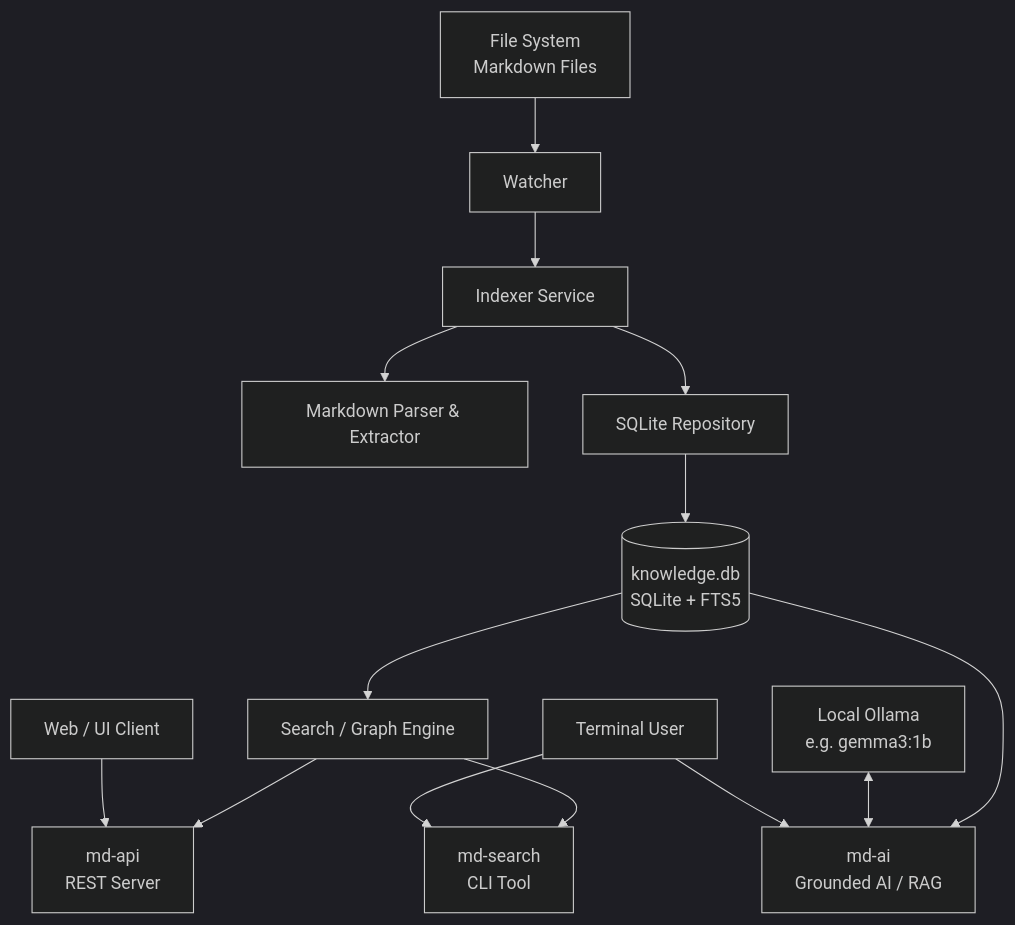
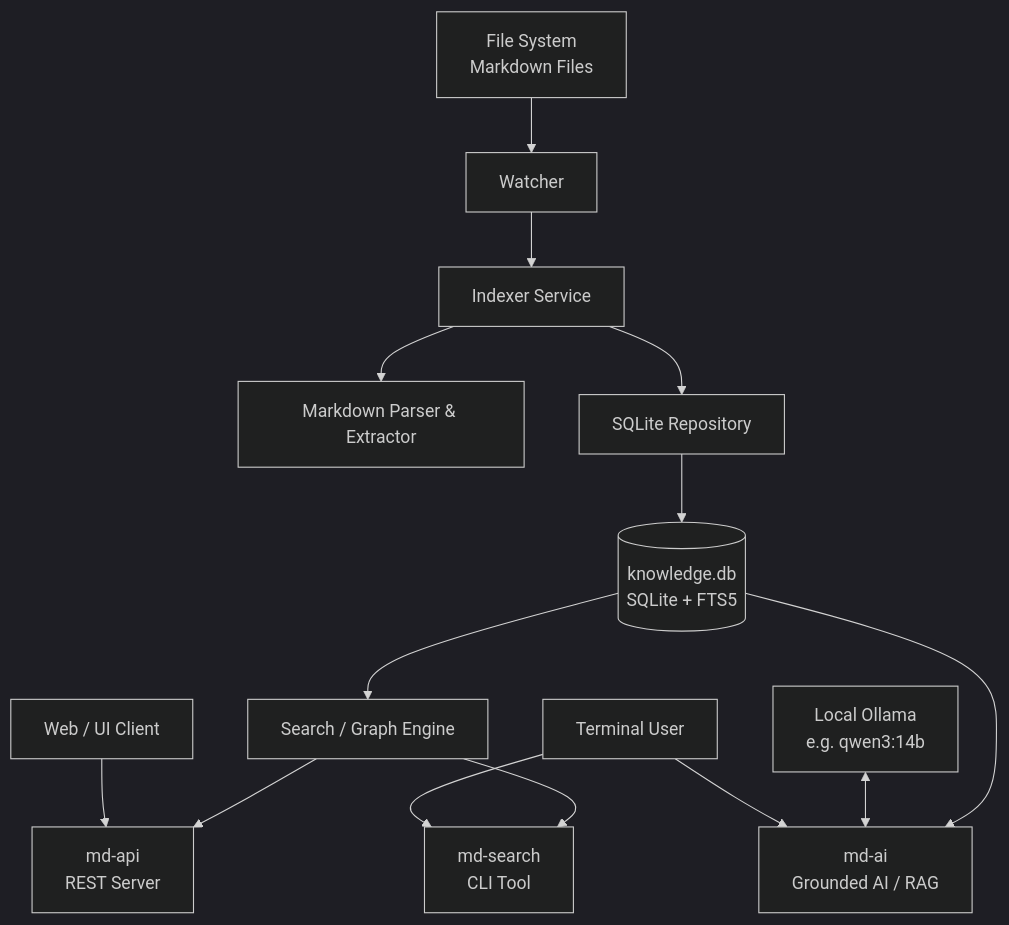
One commit to Zheng-Bote/md_indexer-searcher changed the second of 2 diagrams in README.md. Above: the diagram before and after it, drawn with Mermaid (dark theme). The commit also changed other lines of this file and 7 other files, not shown here.

````diff
--- a/README.md
+++ b/README.md
@@ -86,19 +86,19 @@
 ```mermaid
 graph TD
     FS[File System\nMarkdown Files] --> Watcher
     Watcher --> IndexerService[Indexer Service]
     IndexerService --> Parser[Markdown Parser & Extractor]
     IndexerService --> Repo[SQLite Repository]
     Repo --> DB[(knowledge.db\nSQLite + FTS5)]
     
     DB --> SearchEngine[Search / Graph Engine]
     SearchEngine --> API[md-api\nREST Server]
     SearchEngine --> CLI[md-search\nCLI Tool]
     
     DB --> AIAssistant[md-ai\nGrounded AI / RAG]
-    Ollama[Local Ollama\ne.g. gemma3:1b] <--> AIAssistant
+    Ollama[Local Ollama\ne.g. qwen3:14b] <--> AIAssistant
 
     Client[Web / UI Client] --> API
     User[Terminal User] --> CLI
     User --> AIAssistant
 ```
````
